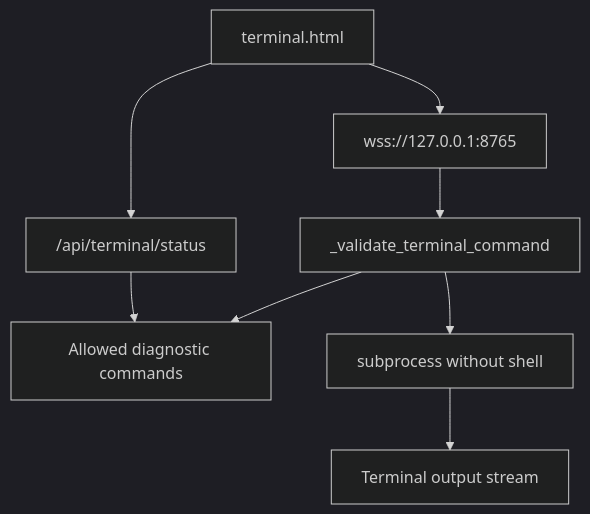
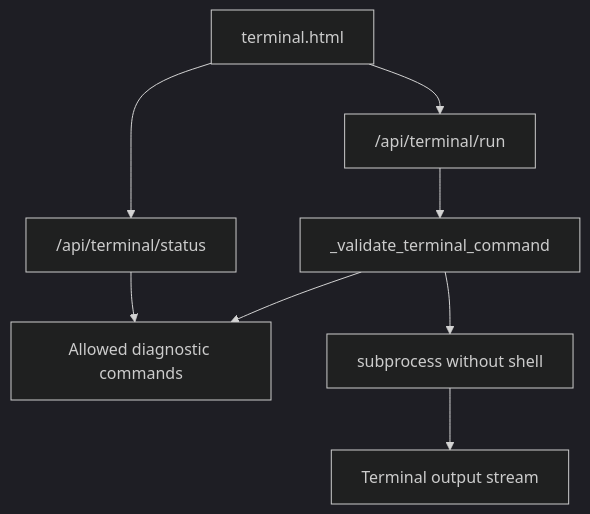
Diagram 18 of 29 in docs/uml-diagrams.md (Ryner88/Sysethic), drawn with Mermaid (dark theme) before and after one commit. The commit also changed other lines of this file and 4 other files, not shown here.

````diff
--- a/docs/uml-diagrams.md
+++ b/docs/uml-diagrams.md
@@ -386,11 +428,11 @@
 ```mermaid
 flowchart TB
     TerminalPage[terminal.html]
     TerminalPage --> StatusApi["/api/terminal/status"]
-    TerminalPage --> WebSocket["wss://127.0.0.1:8765"]
+    TerminalPage --> RunApi["/api/terminal/run"]
     StatusApi --> Allowlist[Allowed diagnostic commands]
-    WebSocket --> Validator[_validate_terminal_command]
+    RunApi --> Validator[_validate_terminal_command]
     Validator --> Allowlist
     Validator --> Subprocess[subprocess without shell]
     Subprocess --> OutputStream[Terminal output stream]
 ```
````
